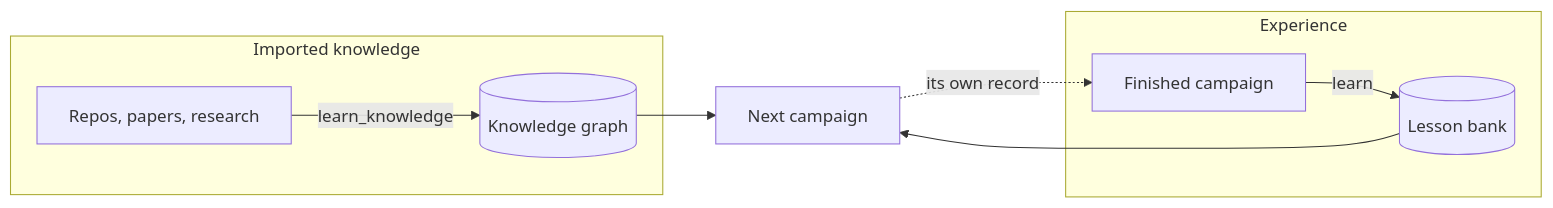
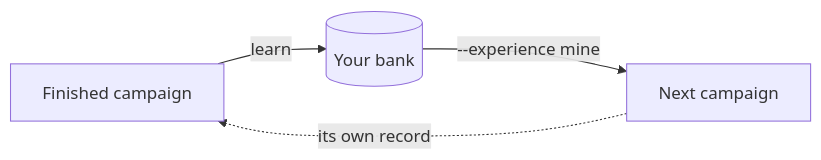
Before and after one commit to Abhishek-B-R/kapso: the diagram in docs/learning/overview.mdx, drawn with Mermaid. The commit also changed other lines of this file and 49 other files, not shown here.

First line of the commit message:
docs(experience): the experience pages; the knowledge and research pages folded in

````diff
--- a/docs/learning/overview.mdx
+++ b/docs/learning/overview.mdx
@@ -16,12 +12,6 @@
 ```mermaid
 flowchart LR
-    subgraph imported["Imported knowledge"]
-        Repos[Repos, papers, research] -->|learn_knowledge| KG[(Knowledge graph)]
-    end
-    subgraph experience["Experience"]
-        Campaign[Finished campaign] -->|learn| Bank[(Lesson bank)]
-    end
-    KG --> Run[Next campaign]
-    Bank --> Run
+    Campaign[Finished campaign] -->|learn| Bank[(Your bank)]
+    Bank -->|"--experience mine"| Run[Next campaign]
     Run -.->|its own record| Campaign
 ```
````
